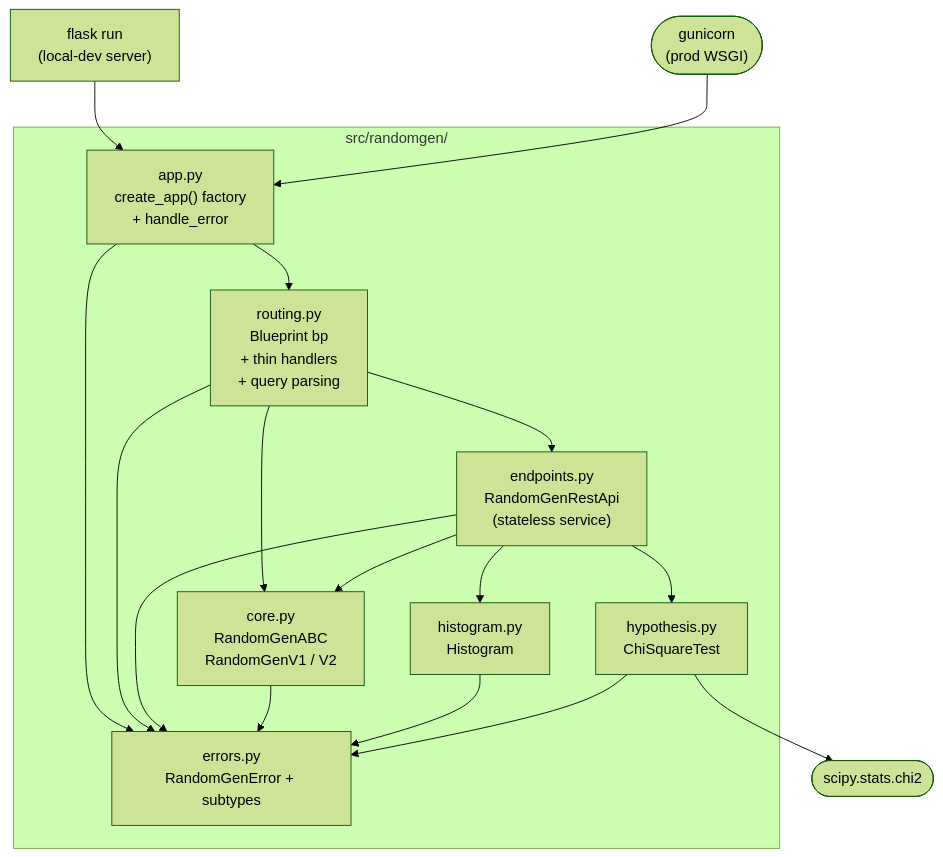
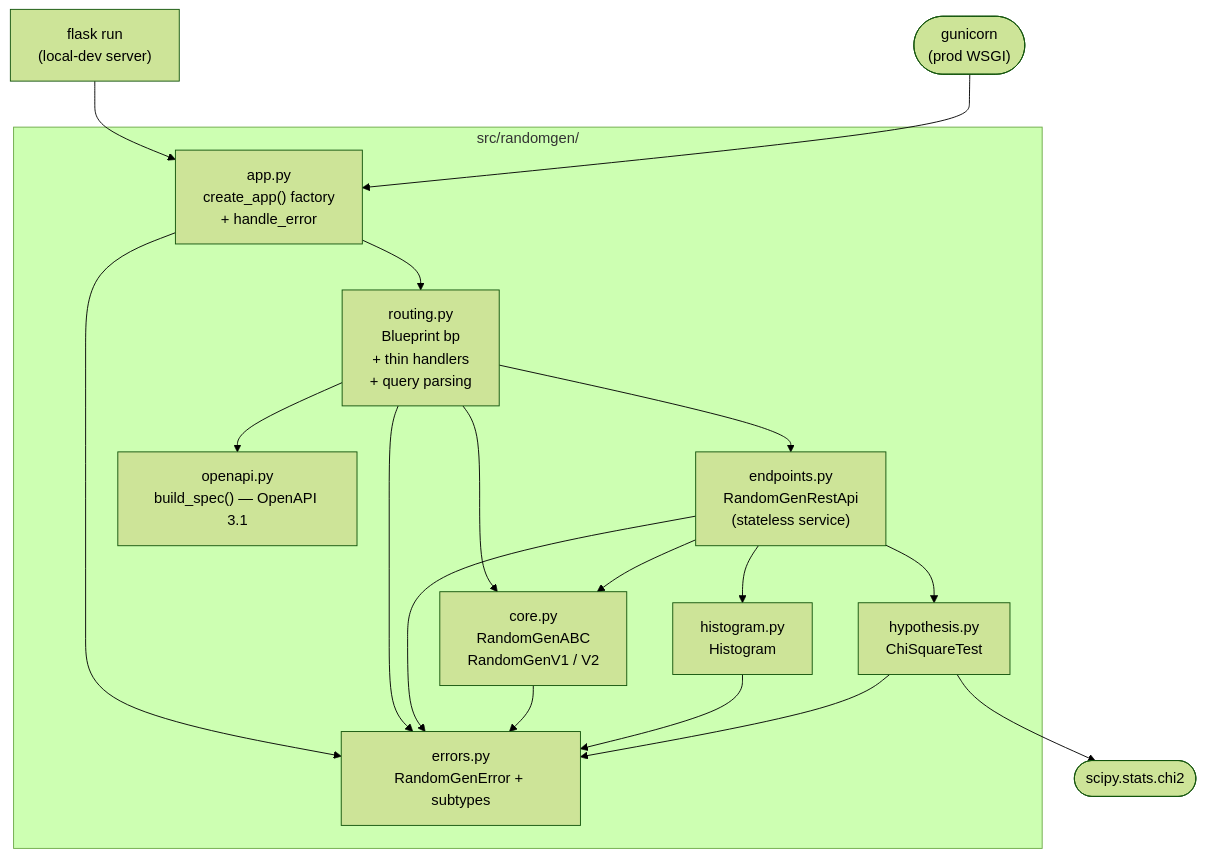
Before and after one commit to braboj/demo-randomgen: the diagram in docs/arc42/05-building-block-view.md, drawn with Mermaid (forest theme). The commit also changed other lines of this file and 4 other files, not shown here.

````diff
--- a/docs/arc42/05-building-block-view.md
+++ b/docs/arc42/05-building-block-view.md
@@ -8,33 +8,35 @@
 ```mermaid
 flowchart TD
     flaskcli["flask run<br/>(local-dev server)"]
     gunicorn(["gunicorn<br/>(prod WSGI)"])
 
     subgraph pkg["src/randomgen/"]
         app["app.py<br/>create_app() factory<br/>+ handle_error"]
         routing["routing.py<br/>Blueprint bp<br/>+ thin handlers<br/>+ query parsing"]
         endpoints["endpoints.py<br/>RandomGenRestApi<br/>(stateless service)"]
         core["core.py<br/>RandomGenABC<br/>RandomGenV1 / V2"]
         histogram["histogram.py<br/>Histogram"]
         hypothesis["hypothesis.py<br/>ChiSquareTest"]
+        openapi["openapi.py<br/>build_spec() — OpenAPI 3.1"]
         errors["errors.py<br/>RandomGenError + subtypes"]
     end
 
     scipy(["scipy.stats.chi2"])
 
     flaskcli --> app
     gunicorn --> app
     app --> routing
     app --> errors
     routing --> endpoints
     routing --> core
     routing --> errors
+    routing --> openapi
     endpoints --> core
     endpoints --> histogram
     endpoints --> hypothesis
     endpoints --> errors
     core --> errors
     histogram --> errors
     hypothesis --> errors
     hypothesis --> scipy
 ```
````
